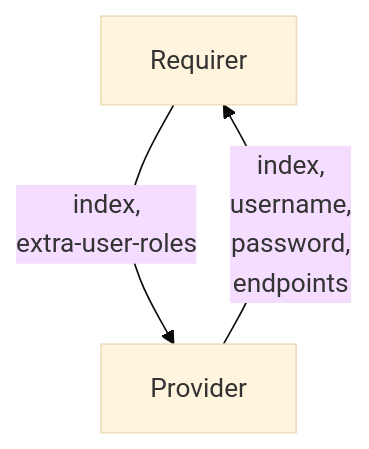
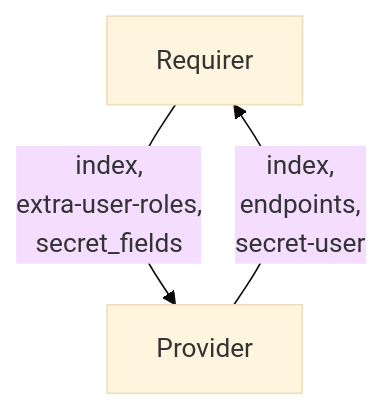
The diagram in interfaces/opensearch_client/v0/README.md (canonical/charm-relation-interfaces), drawn with Mermaid (base theme) before and after one commit. The commit also changed other lines of this file, not shown here.

````diff
--- a/interfaces/opensearch_client/v0/README.md
+++ b/interfaces/opensearch_client/v0/README.md
@@ -11,5 +11,5 @@
 ```mermaid
 flowchart TD
-    Requirer -- index, \nextra-user-roles --> Provider
-    Provider -- index, \nusername, \npassword, \nendpoints --> Requirer
+    Requirer -- index, \nextra-user-roles, \nsecret_fields --> Provider
+    Provider -- index, \nendpoints, \nsecret-user --> Requirer
 ```
````
